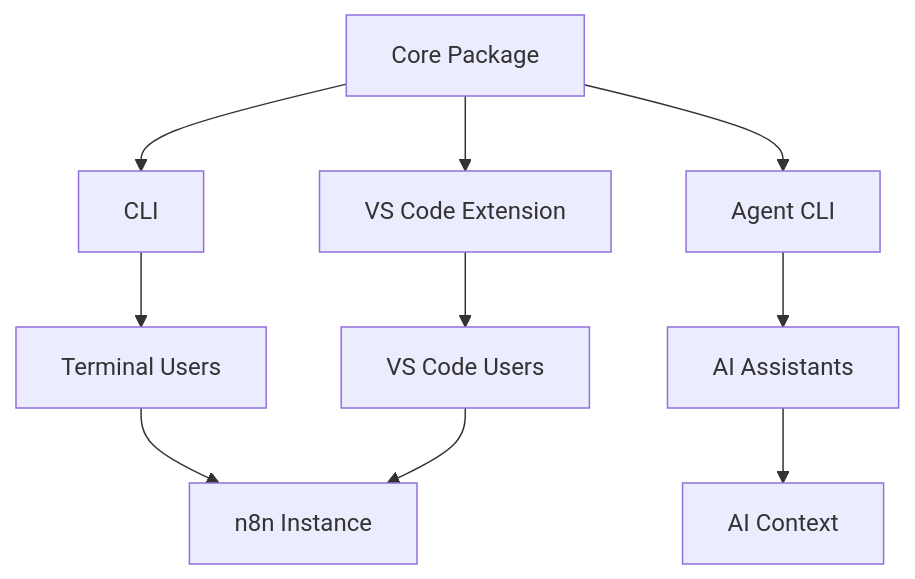
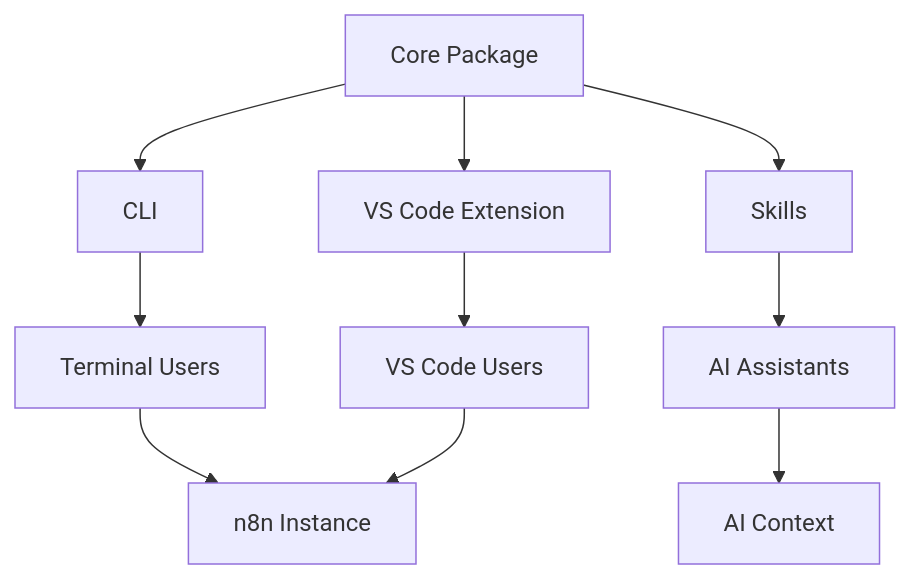
One commit to EtienneLescot/n8n-as-code changed the diagram in docs/docs/home/index.md. Above: the diagram before and after it, drawn with Mermaid. The commit also changed other lines of this file and 70 other files, not shown here.

````diff
--- a/docs/docs/home/index.md
+++ b/docs/docs/home/index.md
@@ -90,14 +90,14 @@
 ```mermaid
 graph TD
     A[Core Package] --> B[CLI]
     A --> C[VS Code Extension]
-    A --> D[Agent CLI]
+    A --> D[Skills]
     
     B --> E[Terminal Users]
     C --> F[VS Code Users]
     D --> G[AI Assistants]
     
     E --> H[n8n Instance]
     F --> H
     G --> I[AI Context]
 ```
````
